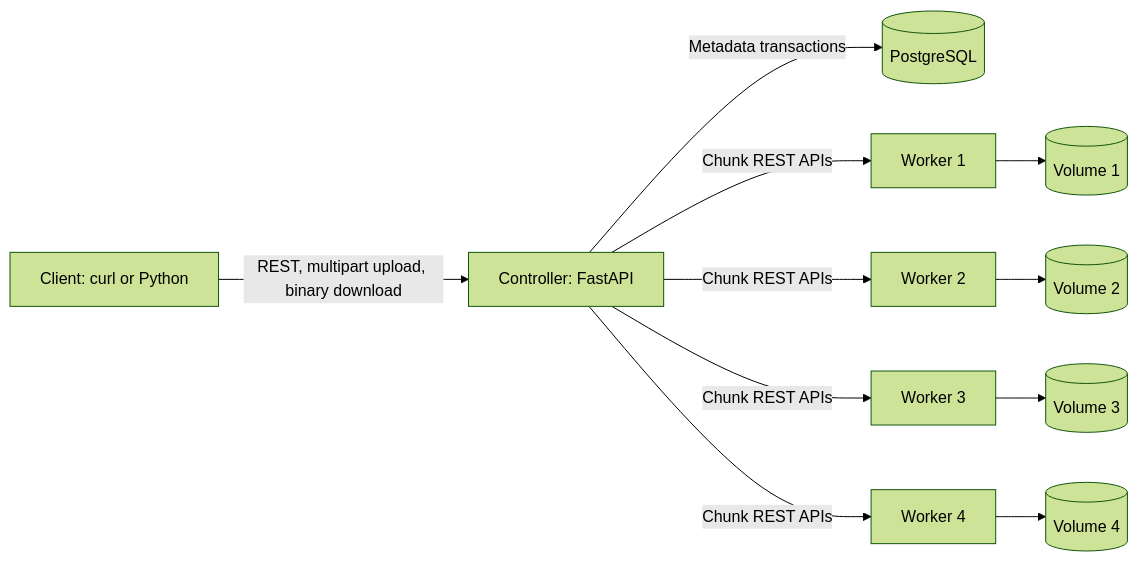
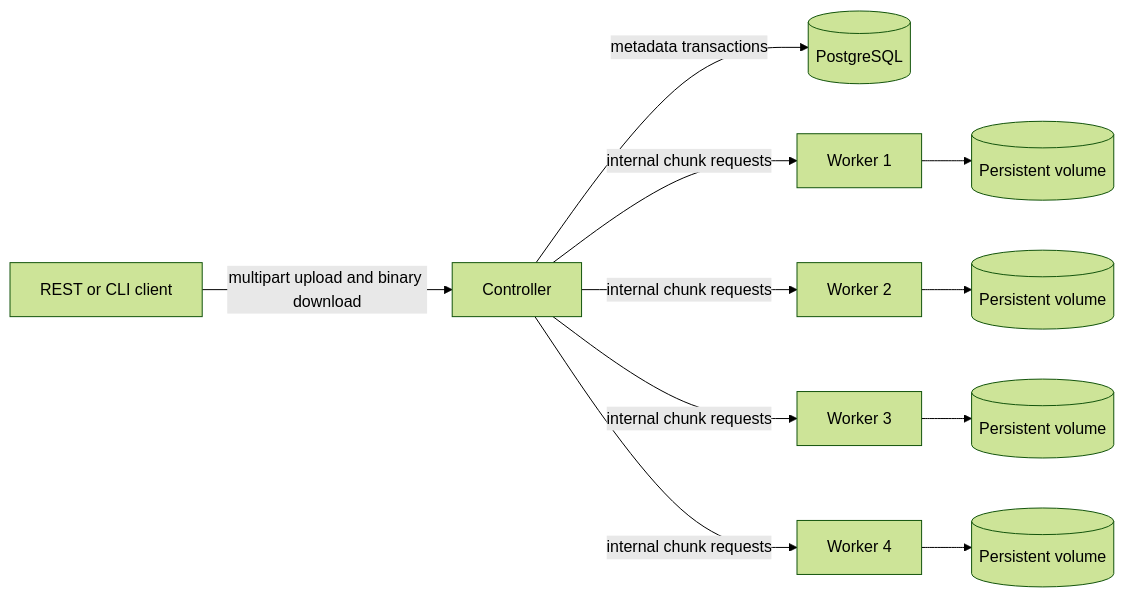
The diagram in docs/design.md (vansh-desai-23/Distributed_Object_Store), drawn with Mermaid (forest theme) before and after one commit. The commit also changed other lines of this file and 2 other files, not shown here.

````diff
--- a/docs/design.md
+++ b/docs/design.md
@@ -7,13 +7,13 @@
 ```mermaid
 flowchart LR
-    C[Client: curl or Python] -->|REST, multipart upload, binary download| A[Controller: FastAPI]
-    A -->|Metadata transactions| DB[(PostgreSQL)]
-    A -->|Chunk REST APIs| W1[Worker 1]
-    A -->|Chunk REST APIs| W2[Worker 2]
-    A -->|Chunk REST APIs| W3[Worker 3]
-    A -->|Chunk REST APIs| W4[Worker 4]
-    W1 --> V1[(Volume 1)]
-    W2 --> V2[(Volume 2)]
-    W3 --> V3[(Volume 3)]
-    W4 --> V4[(Volume 4)]
+    Client[REST or CLI client] -->|multipart upload and binary download| Controller[Controller]
+    Controller -->|metadata transactions| DB[(PostgreSQL)]
+    Controller -->|internal chunk requests| W1[Worker 1]
+    Controller -->|internal chunk requests| W2[Worker 2]
+    Controller -->|internal chunk requests| W3[Worker 3]
+    Controller -->|internal chunk requests| W4[Worker 4]
+    W1 --> V1[(Persistent volume)]
+    W2 --> V2[(Persistent volume)]
+    W3 --> V3[(Persistent volume)]
+    W4 --> V4[(Persistent volume)]
 ```
````
